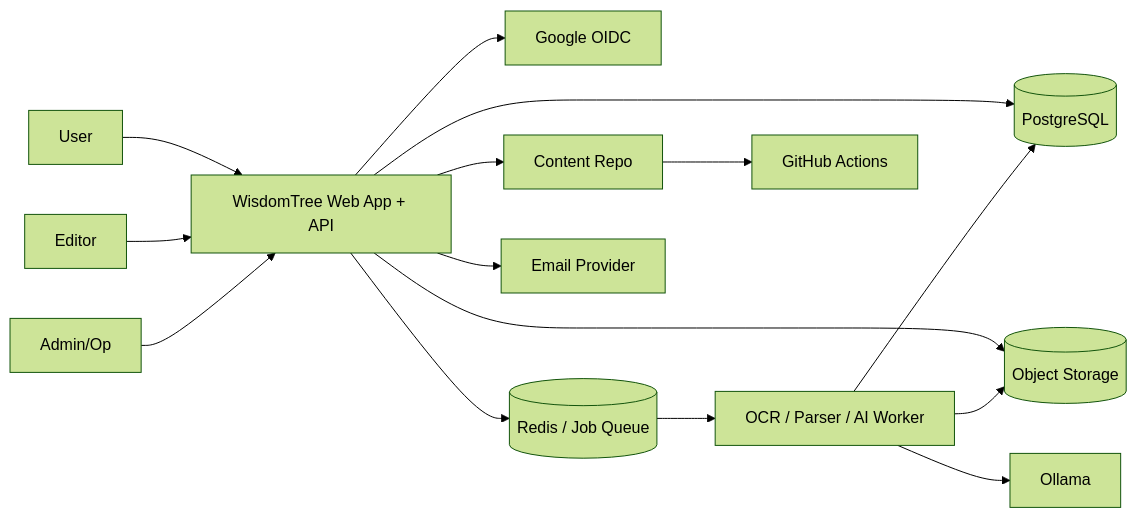
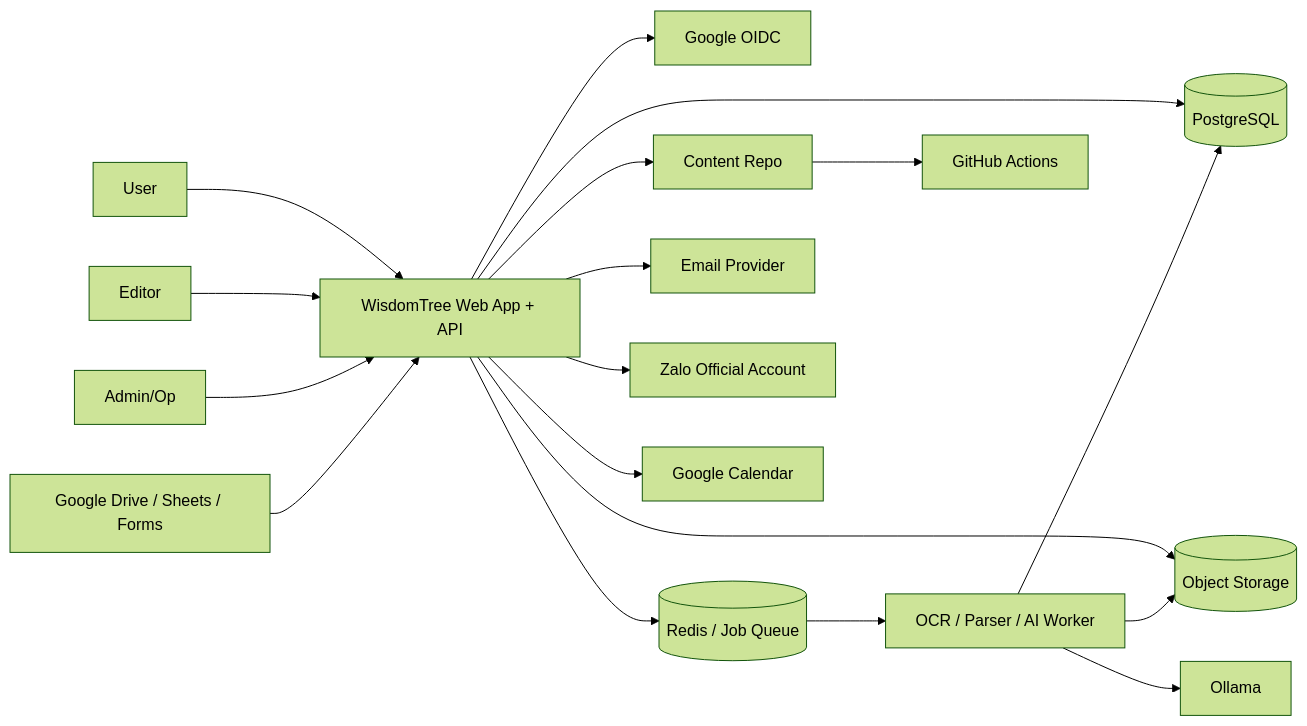
The diagram in docs/system/system-context.md (chicuongwg/WisdomTree), drawn with Mermaid (forest theme) before and after one commit. The commit also changed other lines of this file and 13 other files, not shown here.

````diff
--- a/docs/system/system-context.md
+++ b/docs/system/system-context.md
@@ -45,31 +47,37 @@
 ```mermaid
 flowchart LR
     User[User]
     Editor[Editor]
     Admin[Admin/Op]
     OIDC[Google OIDC]
     App[WisdomTree Web App + API]
     DB[(PostgreSQL)]
     Redis[(Redis / Job Queue)]
     Store[(Object Storage)]
     Worker[OCR / Parser / AI Worker]
     Ollama[Ollama]
     Repo[Content Repo]
     CI[GitHub Actions]
     Email[Email Provider]
+    Zalo[Zalo Official Account]
+    GWork[Google Drive / Sheets / Forms]
+    GCal[Google Calendar]
 
     User --> App
     Editor --> App
     Admin --> App
     App --> OIDC
     App --> DB
     App --> Redis
     App --> Store
     Redis --> Worker
     Worker --> Store
     Worker --> DB
     Worker --> Ollama
     App --> Repo
     Repo --> CI
     App --> Email
+    App --> Zalo
+    GWork --> App
+    App --> GCal
 ```
````
